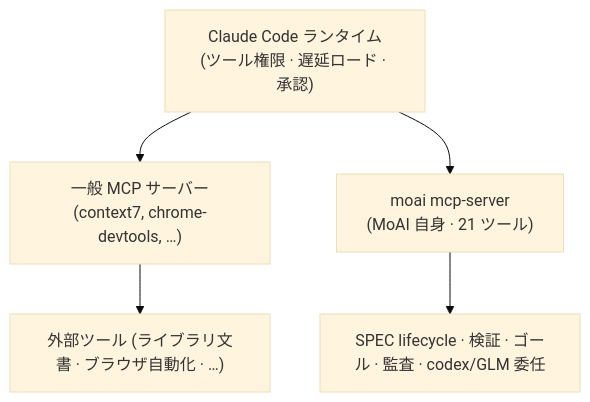
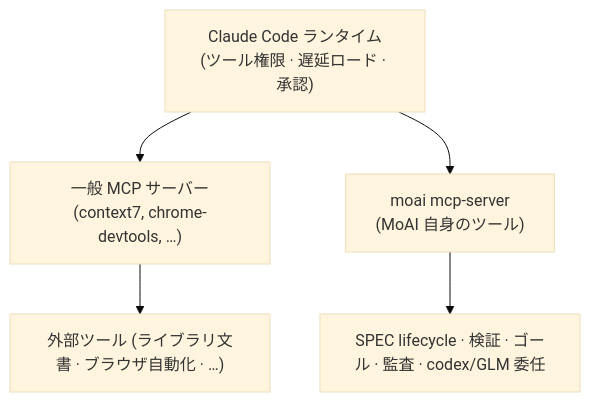
One commit to modu-ai/moai-adk changed the diagram in docs-site/content/ja/guides/mcp-server.md. Above: the diagram before and after it, drawn with Mermaid (base theme). The commit also changed other lines of this file and 3 other files, not shown here.

First line of the commit message:
docs(t1173): drop hard-coded MCP tool count from mcp-server guide

````diff
--- a/docs-site/content/ja/guides/mcp-server.md
+++ b/docs-site/content/ja/guides/mcp-server.md
@@ -28,10 +28,10 @@
 ```mermaid
 flowchart TD
     CC["Claude Code ランタイム<br/>(ツール権限 · 遅延ロード · 承認)"]
     CMCP["一般 MCP サーバー<br/>(context7, chrome-devtools, …)"]
-    MMCP["moai mcp-server<br/>(MoAI 自身 · 21 ツール)"]
+    MMCP["moai mcp-server<br/>(MoAI 自身のツール)"]
     CC --> CMCP
     CC --> MMCP
     MMCP --> TOOLS["SPEC lifecycle · 検証 · ゴール · 監査 · codex/GLM 委任"]
     CMCP --> EXT["外部ツール (ライブラリ文書 · ブラウザ自動化 · …)"]
 ```
````
